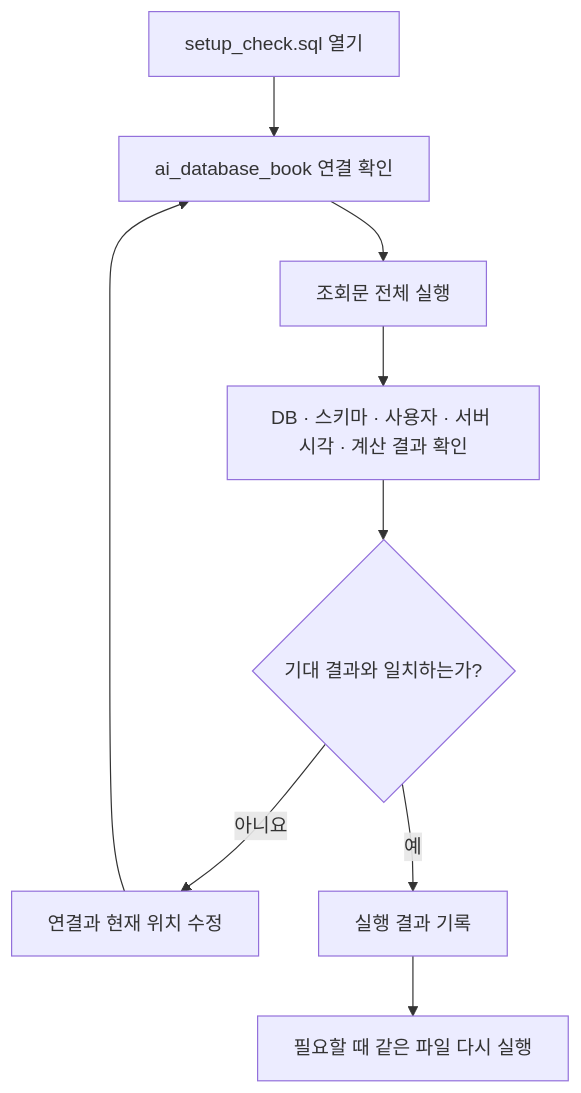
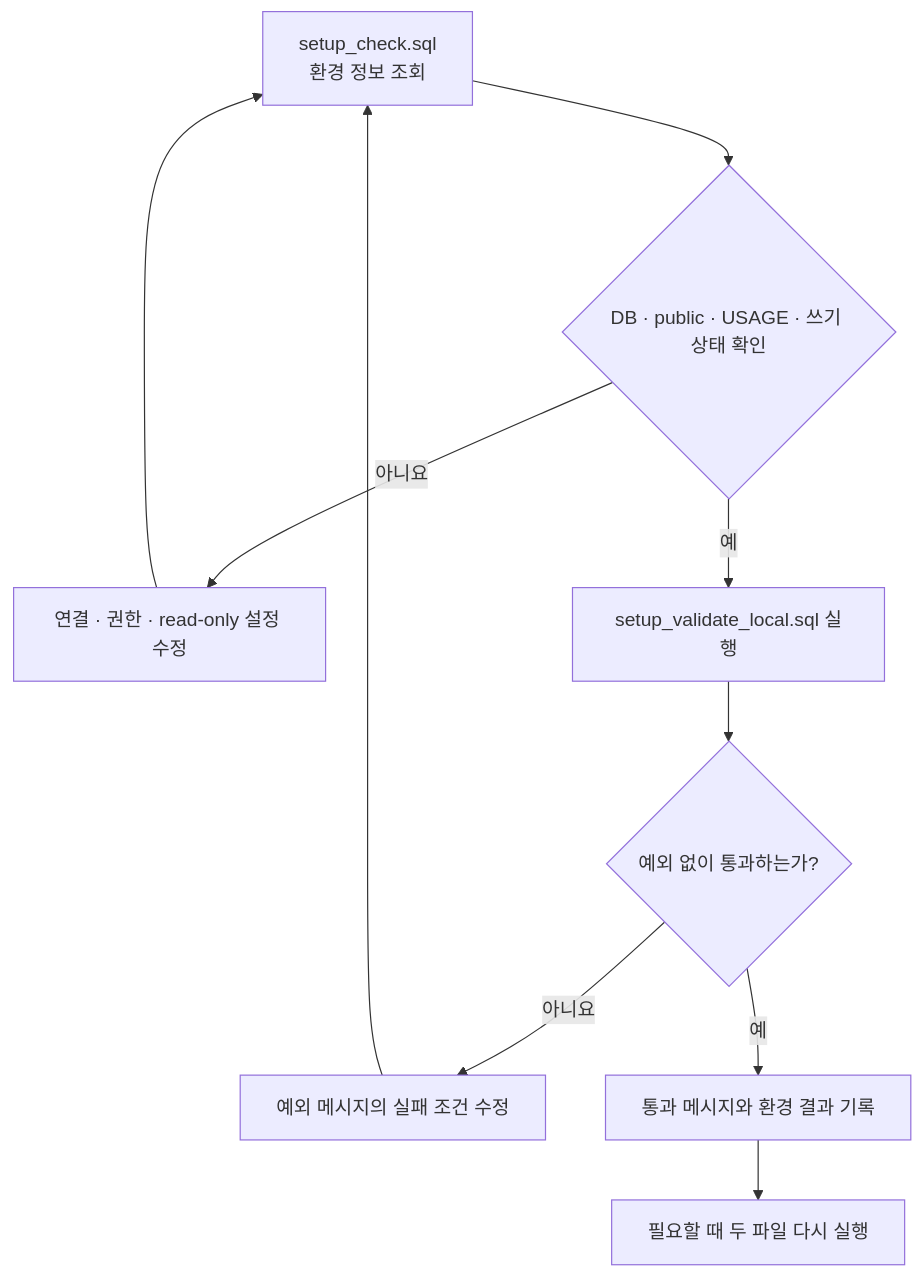
One commit to GilbertMoon/ai-database-book changed the diagram in images/chapter03/ch03_05_setup_check_sql_flow.mmd. Above: the diagram before and after it, drawn with Mermaid.

Commit message:
Update Chapter 03 validation flow diagram source

```diff
--- a/images/chapter03/ch03_05_setup_check_sql_flow.mmd
+++ b/images/chapter03/ch03_05_setup_check_sql_flow.mmd
@@ -1,12 +1,14 @@
 flowchart TD
-    A[setup_check.sql 열기]
-    B[ai_database_book 연결 확인]
-    C[조회문 전체 실행]
-    D[DB · 스키마 · 사용자 · 서버 시각 · 계산 결과 확인]
-    E{기대 결과와 일치하는가?}
-    F[연결과 현재 위치 수정]
-    G[실행 결과 기록]
-    H[필요할 때 같은 파일 다시 실행]
-    A --> B --> C --> D --> E
-    E -- 아니요 --> F --> B
+    A[setup_check.sql<br/>환경 정보 조회]
+    B{DB · public · USAGE · 쓰기 상태 확인}
+    C[연결 · 권한 · read-only 설정 수정]
+    D[setup_validate_local.sql 실행]
+    E{예외 없이 통과하는가?}
+    F[예외 메시지의 실패 조건 수정]
+    G[통과 메시지와 환경 결과 기록]
+    H[필요할 때 두 파일 다시 실행]
+    A --> B
+    B -- 아니요 --> C --> A
+    B -- 예 --> D --> E
+    E -- 아니요 --> F --> A
     E -- 예 --> G --> H
```
